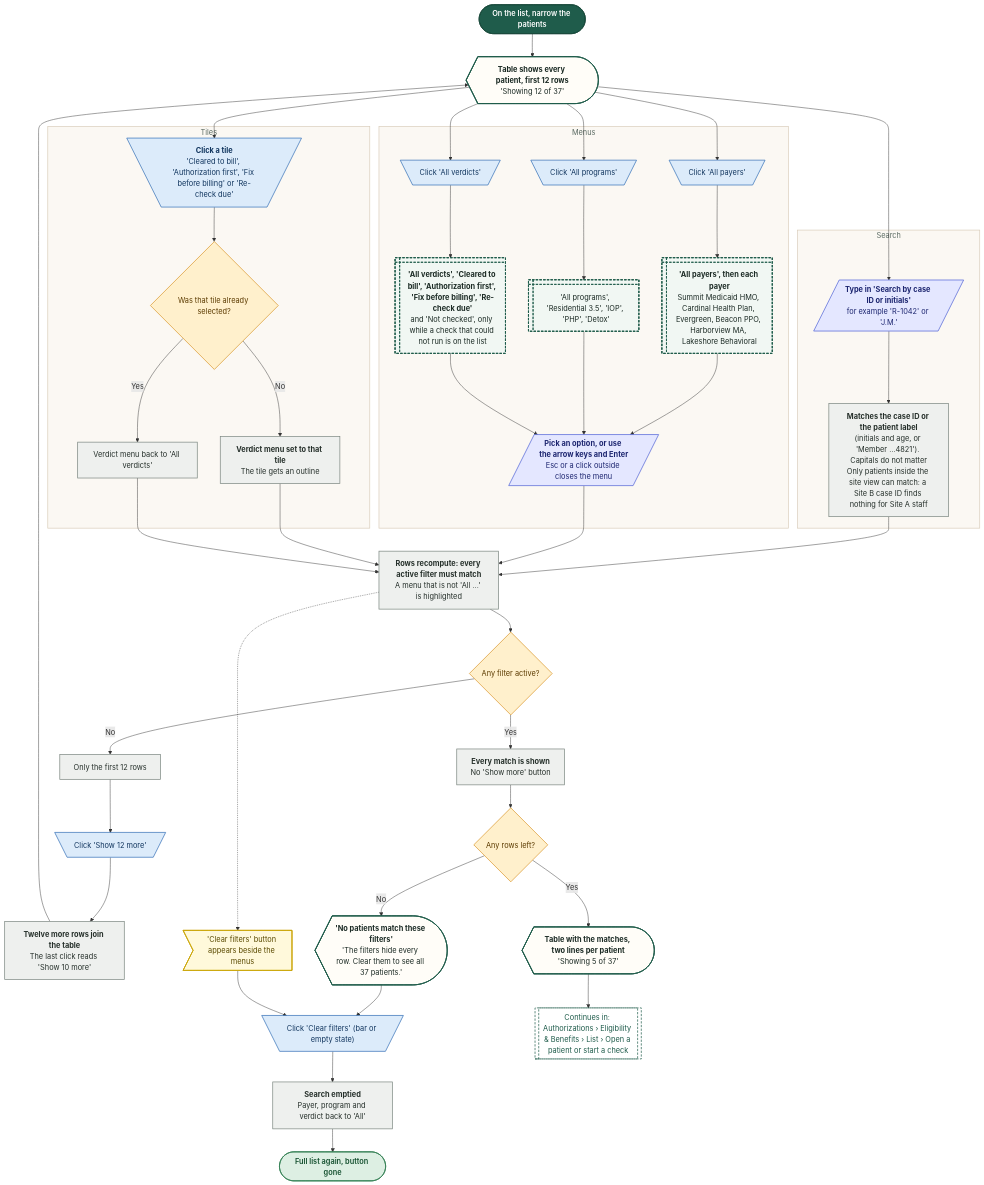
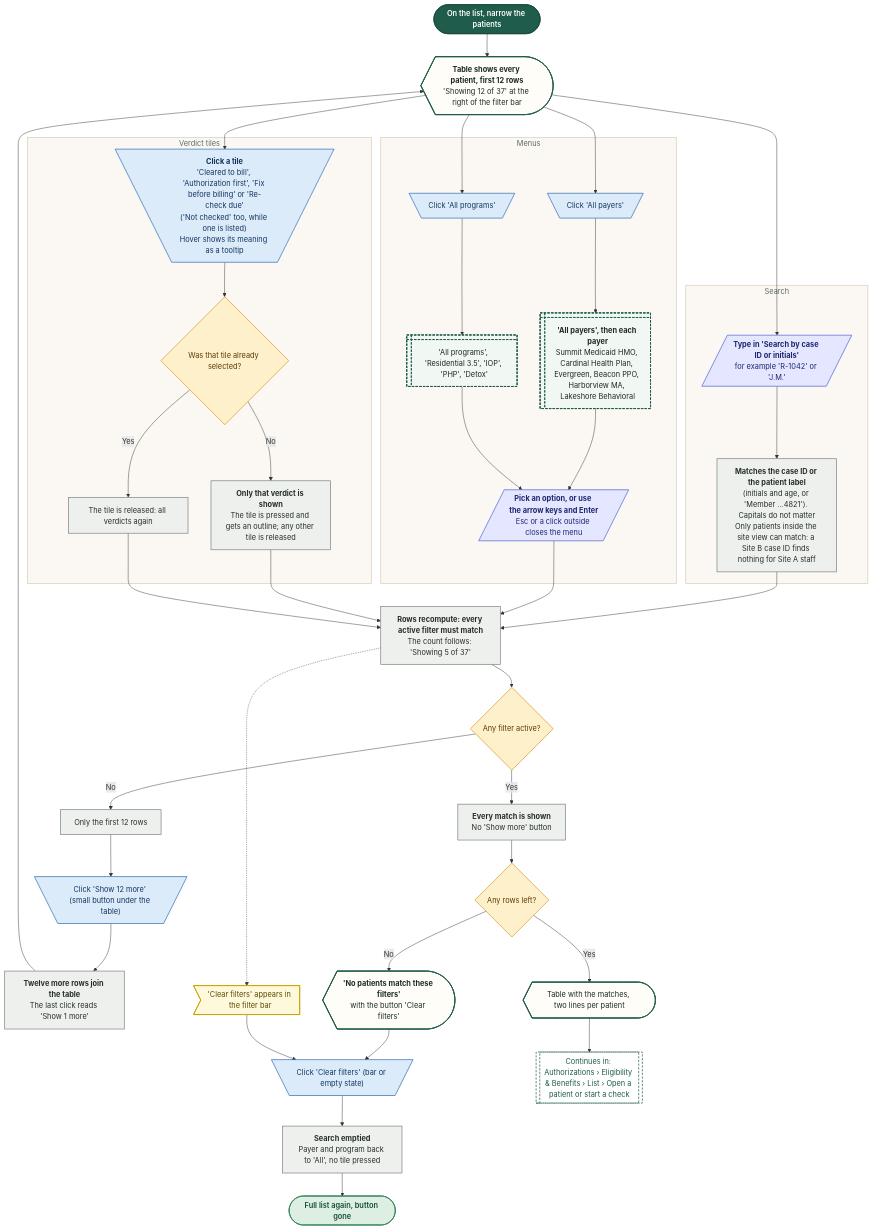
One commit to Shrav143/psyfloapp changed the diagram in demos/prior-auth-demo/workflows/out/mmd/05-eligibility/11-list-search-filter.mmd. Above: the diagram before and after it, drawn with Mermaid. The commit also changed 202 other files, not shown here.

First line of the commit message:
docs: round 6 README, CONVENTIONS, spec section 17, diagram module blurbs and 336 rebuilt diagrams

```diff
--- a/demos/prior-auth-demo/workflows/out/mmd/05-eligibility/11-list-search-filter.mmd
+++ b/demos/prior-auth-demo/workflows/out/mmd/05-eligibility/11-list-search-filter.mmd
@@ -1,83 +1,80 @@
 %%{init: {"theme":"base","themeVariables":{"fontFamily":"'DM Sans', 'Segoe UI', system-ui, sans-serif","fontSize":"15px","lineColor":"#5B6B63","primaryTextColor":"#1C2B25","clusterBkg":"#FBF8F3","clusterBorder":"#D9CDBB","edgeLabelBackground":"#FFFFFF"},"flowchart":{"curve":"basis","nodeSpacing":36,"rankSpacing":48,"padding":12,"htmlLabels":true,"useMaxWidth":false,"wrappingWidth":230}} }%%
 flowchart TD
   classDef k_start fill:#1F5C4B,stroke:#174638,color:#FFFFFF,stroke-width:1.5px,font-weight:600
   classDef k_end fill:#DDEFE3,stroke:#2E7D4F,color:#14502F,stroke-width:1.5px,font-weight:600
   classDef k_endx fill:#FBE3E0,stroke:#C0392B,color:#7A1F16,stroke-width:1.5px,font-weight:600
   classDef k_screen fill:#FFFDF8,stroke:#1F5C4B,color:#1C2B25,stroke-width:2px
   classDef k_overlay fill:#F1F7F3,stroke:#1F5C4B,color:#1C2B25,stroke-width:2px,stroke-dasharray:5 3
   classDef k_click fill:#DCEBFA,stroke:#2F6DB5,color:#12365F,stroke-width:1.5px
   classDef k_input fill:#E4E7FF,stroke:#4C5FD5,color:#1D2670,stroke-width:1.5px
   classDef k_process fill:#EEF0EE,stroke:#7A857F,color:#26302B,stroke-width:1.5px
   classDef k_agent fill:#EEE5FA,stroke:#7A4FC2,color:#341A63,stroke-width:1.5px
   classDef k_decision fill:#FFF0CC,stroke:#D9962B,color:#5C3B00,stroke-width:1.5px
   classDef k_store fill:#D5F0EA,stroke:#1C8E7B,color:#0B4A3F,stroke-width:1.5px
   classDef k_doc fill:#F6E9DC,stroke:#B07A4C,color:#4A2E14,stroke-width:1.5px
   classDef k_ext fill:#FFE6D2,stroke:#E07B39,color:#6B2F06,stroke-width:1.5px
   classDef k_wait fill:#E4E8EE,stroke:#6B7C93,color:#26303D,stroke-width:1.5px
   classDef k_toast fill:#FFF9DB,stroke:#C9A400,color:#5A4A00,stroke-width:1.5px
   classDef k_goto fill:#FFFFFF,stroke:#1F5C4B,color:#1F5C4B,stroke-width:1.5px,stroke-dasharray:5 3
   s1@{ shape: stadium, label: "On the list, narrow the patients" }
-  sc0@{ shape: curv-trap, label: "<b>Table shows every patient, first 12 rows</b><br/>'Showing 12 of 37'" }
+  sc0@{ shape: curv-trap, label: "<b>Table shows every patient, first 12 rows</b><br/>'Showing 12 of 37' at the right of the filter bar" }
   subgraph gSearch ["Search"]
   i1@{ shape: lean-r, label: "<b>Type in 'Search by case ID or initials'</b><br/>for example 'R-1042' or 'J.M.'" }
   p1@{ shape: rect, label: "<b>Matches the case ID or the patient label</b><br/>(initials and age, or 'Member …4821'). Capitals do not matter<br/>Only patients inside the site view can match: a Site B case ID finds nothing for Site A staff" }
   end
   subgraph gMenus ["Menus"]
   c1@{ shape: trap-t, label: "Click 'All payers'" }
   o1@{ shape: win-pane, label: "<b>'All payers', then each payer</b><br/>Summit Medicaid HMO, Cardinal Health Plan, Evergreen, Beacon PPO, Harborview MA, Lakeshore Behavioral" }
   c2@{ shape: trap-t, label: "Click 'All programs'" }
   o2@{ shape: win-pane, label: "'All programs', 'Residential 3.5', 'IOP', 'PHP', 'Detox'" }
-  c3@{ shape: trap-t, label: "Click 'All verdicts'" }
-  o3@{ shape: win-pane, label: "<b>'All verdicts', 'Cleared to bill', 'Authorization first', 'Fix before billing', 'Re-check due'</b><br/>and 'Not checked', only while a check that could not run is on the list" }
   i2@{ shape: lean-r, label: "<b>Pick an option, or use the arrow keys and Enter</b><br/>Esc or a click outside closes the menu" }
   end
-  subgraph gTiles ["Tiles"]
-  c4@{ shape: trap-t, label: "<b>Click a tile</b><br/>'Cleared to bill', 'Authorization first', 'Fix before billing' or 'Re-check due'" }
+  subgraph gTiles ["Verdict tiles"]
+  c4@{ shape: trap-t, label: "<b>Click a tile</b><br/>'Cleared to bill', 'Authorization first', 'Fix before billing' or 'Re-check due'<br/>('Not checked' too, while one is listed)<br/>Hover shows its meaning as a tooltip" }
   q1@{ shape: diam, label: "Was that tile already selected?" }
-  p2@{ shape: rect, label: "<b>Verdict menu set to that tile</b><br/>The tile gets an outline" }
-  p3@{ shape: rect, label: "Verdict menu back to 'All verdicts'" }
+  p2@{ shape: rect, label: "<b>Only that verdict is shown</b><br/>The tile is pressed and gets an outline; any other tile is released" }
+  p3@{ shape: rect, label: "The tile is released: all verdicts again" }
   end
-  p4@{ shape: rect, label: "<b>Rows recompute: every active filter must match</b><br/>A menu that is not 'All ...' is highlighted" }
+  p4@{ shape: rect, label: "<b>Rows recompute: every active filter must match</b><br/>The count follows: 'Showing 5 of 37'" }
   q2@{ shape: diam, label: "Any filter active?" }
   p5@{ shape: rect, label: "<b>Every match is shown</b><br/>No 'Show more' button" }
   p6@{ shape: rect, label: "Only the first 12 rows" }
-  c5@{ shape: trap-t, label: "Click 'Show 12 more'" }
-  p7@{ shape: rect, label: "<b>Twelve more rows join the table</b><br/>The last click reads 'Show 10 more'" }
-  sc1@{ shape: curv-trap, label: "<b>Table with the matches, two lines per patient</b><br/>'Showing 5 of 37'" }
-  t0@{ shape: odd, label: "'Clear filters' button appears beside the menus" }
+  c5@{ shape: trap-t, label: "Click 'Show 12 more' (small button under the table)" }
+  p7@{ shape: rect, label: "<b>Twelve more rows join the table</b><br/>The last click reads 'Show 1 more'" }
+  sc1@{ shape: curv-trap, label: "Table with the matches, two lines per patient" }
+  t0@{ shape: odd, label: "'Clear filters' appears in the filter bar" }
   q3@{ shape: diam, label: "Any rows left?" }
-  em@{ shape: curv-trap, label: "<b>'No patients match these filters'</b><br/>'The filters hide every row. Clear them to see all 37 patients.'" }
+  em@{ shape: curv-trap, label: "<b>'No patients match these filters'</b><br/>with the button 'Clear filters'" }
   c6@{ shape: trap-t, label: "Click 'Clear filters' (bar or empty state)" }
-  p8@{ shape: rect, label: "<b>Search emptied</b><br/>Payer, program and verdict back to 'All'" }
+  p8@{ shape: rect, label: "<b>Search emptied</b><br/>Payer and program back to 'All', no tile pressed" }
   e1@{ shape: stadium, label: "Full list again, button gone" }
   g1@{ shape: subproc, label: "Continues in: Authorizations › Eligibility & Benefits › List › Open a patient or start a check" }
   s1 --> sc0
   sc0 --> i1 --> p1 --> p4
   sc0 --> c1 --> o1 --> i2
   sc0 --> c2 --> o2 --> i2
-  sc0 --> c3 --> o3 --> i2
   i2 --> p4
   sc0 --> c4 --> q1
   q1 -->|"No"| p2 --> p4
   q1 -->|"Yes"| p3 --> p4
   p4 --> q2
   q2 -->|"No"| p6 --> c5 --> p7 --> sc0
   q2 -->|"Yes"| p5 --> q3
   p4 -.-> t0
   q3 -->|"Yes"| sc1 --> g1
   q3 -->|"No"| em --> c6
   t0 --> c6
   c6 --> p8 --> e1
   class s1 k_start
   class sc0,sc1,em k_screen
   class i1,i2 k_input
   class p1,p2,p3,p4,p5,p6,p7,p8 k_process
-  class c1,c2,c3,c4,c5,c6 k_click
-  class o1,o2,o3 k_overlay
+  class c1,c2,c4,c5,c6 k_click
+  class o1,o2 k_overlay
   class q1,q2,q3 k_decision
   class t0 k_toast
   class e1 k_end
   class g1 k_goto
   style gSearch fill:#FBF8F3,stroke:#D9CDBB,stroke-width:1.5px,color:#5B6B63
   style gMenus fill:#FBF8F3,stroke:#D9CDBB,stroke-width:1.5px,color:#5B6B63
   style gTiles fill:#FBF8F3,stroke:#D9CDBB,stroke-width:1.5px,color:#5B6B63
```
